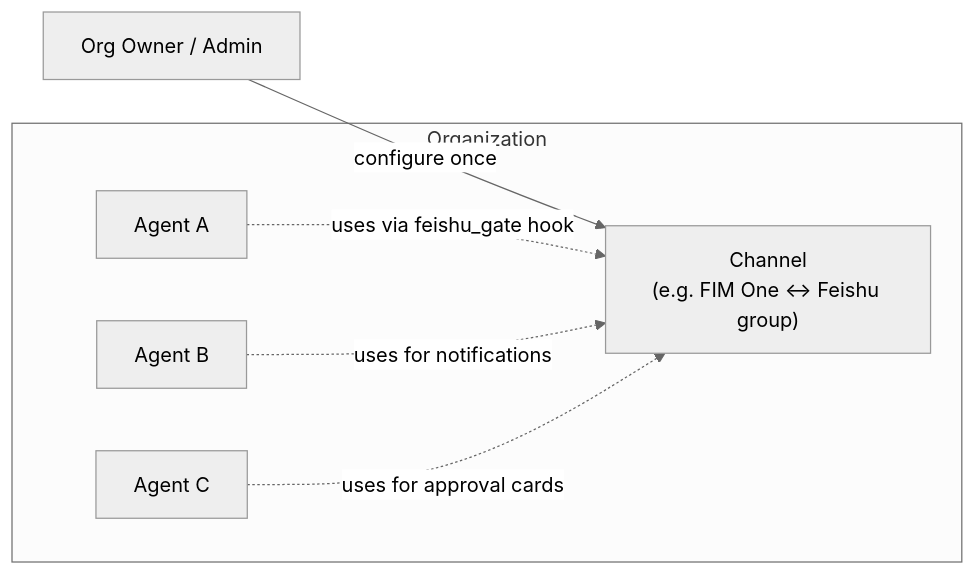
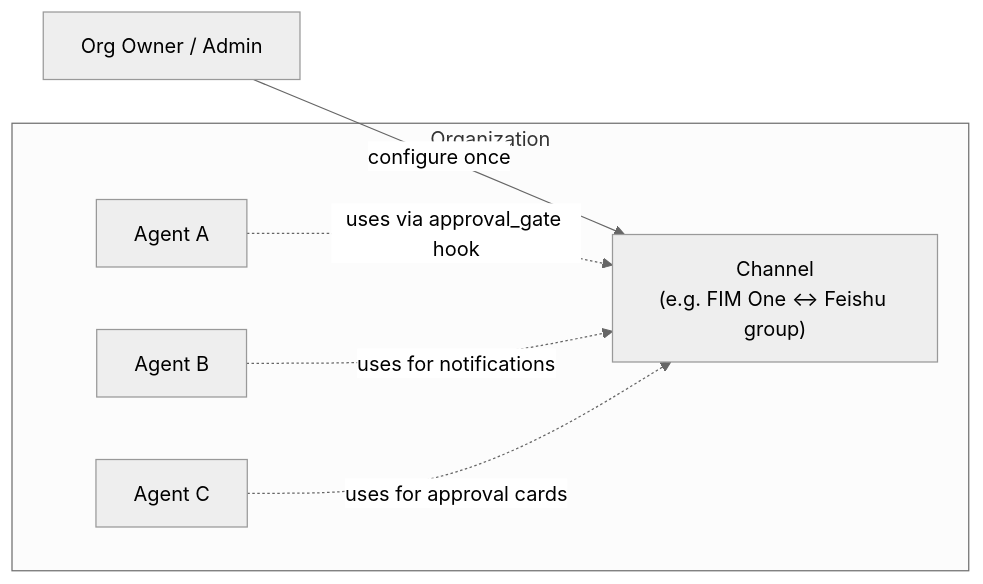
The fourth of 4 diagrams in docs/architecture/organization.mdx (fim-ai/fim-one), drawn with Mermaid (neutral theme) before and after one commit. The commit also changed 11 other files, not shown here.

First line of the commit message:
docs: the approval gate is ApprovalGateHook on ConfirmationService

````diff
--- a/docs/architecture/organization.mdx
+++ b/docs/architecture/organization.mdx
@@ -153,14 +153,14 @@
 ```mermaid
 flowchart LR
     Admin["Org Owner / Admin"]
     subgraph Org["Organization"]
         Ch["Channel<br/>(e.g. FIM One ↔ Feishu group)"]
         A1["Agent A"]
         A2["Agent B"]
         A3["Agent C"]
     end
     Admin -->|"configure once"| Ch
-    A1 -. "uses via feishu_gate hook" .-> Ch
+    A1 -. "uses via approval_gate hook" .-> Ch
     A2 -. "uses for notifications" .-> Ch
     A3 -. "uses for approval cards" .-> Ch
 ```
````
